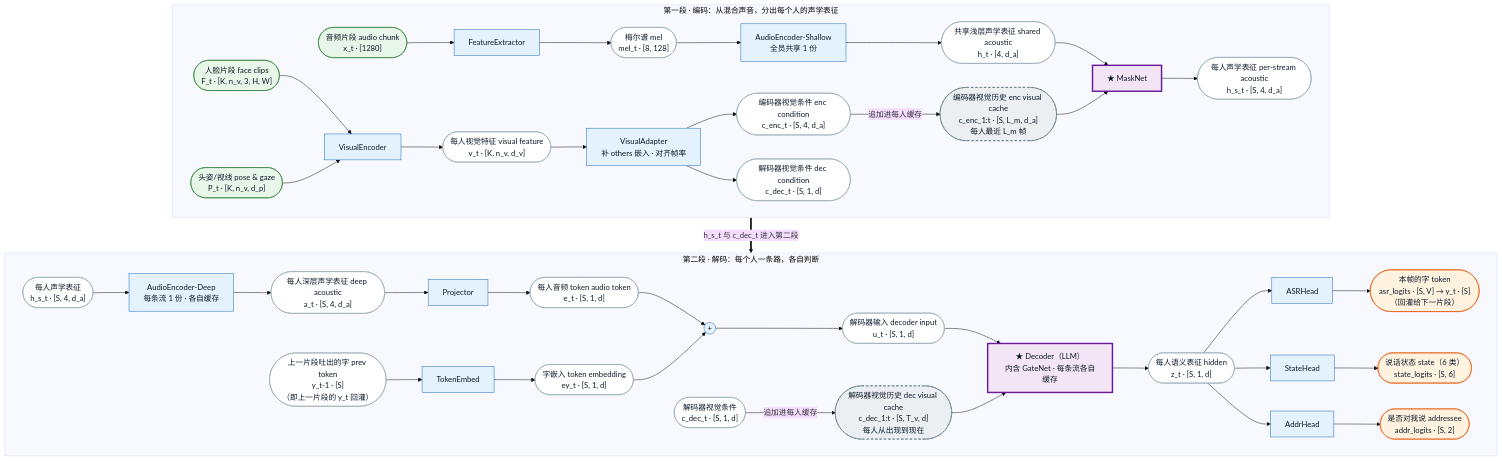
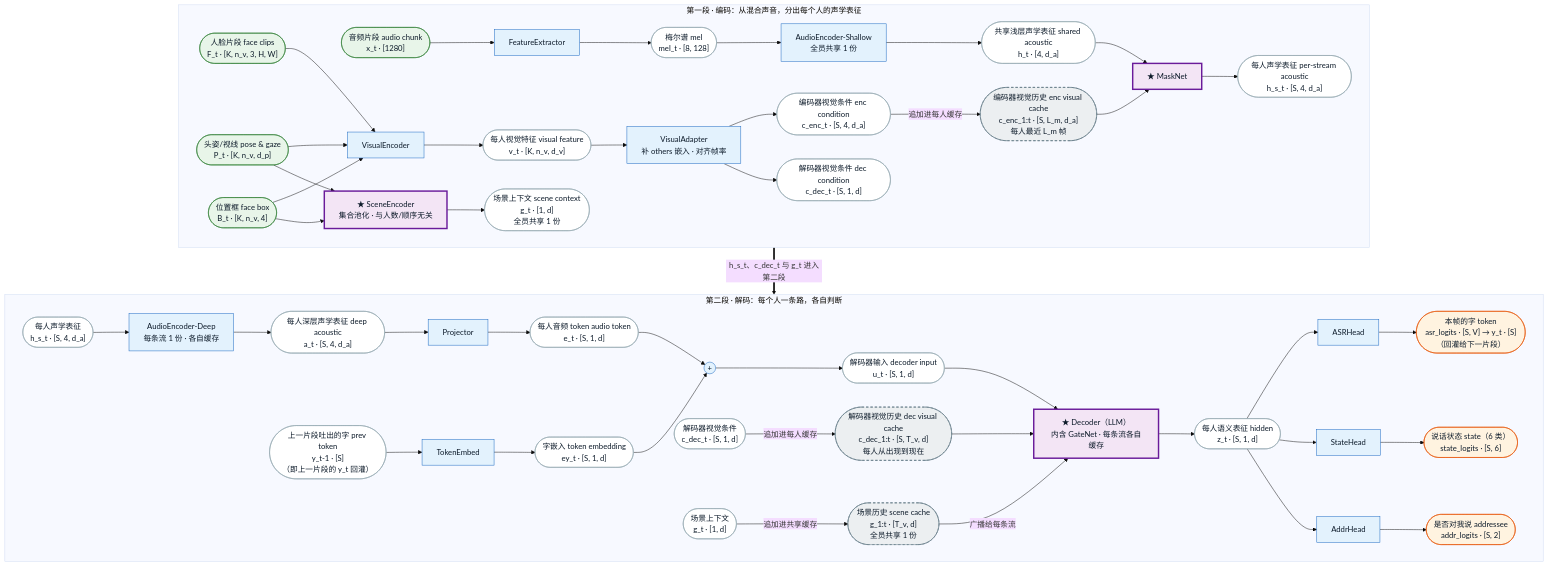
The second of 5 diagrams in AV-SemanticVAD/docs/plan/architecture.md (yutian929/SemanticVAD), drawn with Mermaid (base theme) before and after one commit. The commit also changed other lines of this file, not shown here.

First line of the commit message:
docs(arch): 新增 SceneEncoder 场景上下文（方案 A）

````diff
--- a/AV-SemanticVAD/docs/plan/architecture.md
+++ b/AV-SemanticVAD/docs/plan/architecture.md
@@ -112,70 +112,80 @@
 ```mermaid
 flowchart TB
     classDef inp fill:#e8f5e9,stroke:#2e7d32,color:#0d1b2a;
     classDef mod fill:#e3f2fd,stroke:#1565c0,color:#0d1b2a;
     classDef star fill:#f3e5f5,stroke:#6a1b9a,color:#0d1b2a,stroke-width:3px;
     classDef var fill:#ffffff,stroke:#90a4ae,color:#0d1b2a;
     classDef outp fill:#fff3e0,stroke:#e65100,color:#0d1b2a;
     classDef cache fill:#eceff1,stroke:#546e7a,color:#0d1b2a,stroke-dasharray:5 4;
 
     subgraph R1["第一段 · 编码：从混合声音，分出每个人的声学表征"]
         direction LR
         X(["音频片段 audio chunk<br/>x_t · [1280]"]):::inp
         F(["人脸片段 face clips<br/>F_t · [K, n_v, 3, H, W]"]):::inp
         P(["头姿/视线 pose & gaze<br/>P_t · [K, n_v, d_p]"]):::inp
+        B(["位置框 face box<br/>B_t · [K, n_v, 4]"]):::inp
         FE["FeatureExtractor"]:::mod
         MEL(["梅尔谱 mel<br/>mel_t · [8, 128]"]):::var
         ENCS["AudioEncoder-Shallow<br/>全员共享 1 份"]:::mod
         H(["共享浅层声学表征 shared acoustic<br/>h_t · [4, d_a]"]):::var
         VE["VisualEncoder"]:::mod
         V(["每人视觉特征 visual feature<br/>v_t · [K, n_v, d_v]"]):::var
         VA["VisualAdapter<br/>补 others 嵌入 · 对齐帧率"]:::mod
         CE(["编码器视觉条件 enc condition<br/>c_enc_t · [S, 4, d_a]"]):::var
         CD(["解码器视觉条件 dec condition<br/>c_dec_t · [S, 1, d]"]):::var
         CEH(["编码器视觉历史 enc visual cache<br/>c_enc_1:t · [S, L_m, d_a]<br/>每人最近 L_m 帧"]):::cache
         MN["★ MaskNet"]:::star
         HS(["每人声学表征 per-stream acoustic<br/>h_s_t · [S, 4, d_a]"]):::var
+        SE["★ SceneEncoder<br/>集合池化 · 与人数/顺序无关"]:::star
+        G(["场景上下文 scene context<br/>g_t · [1, d]<br/>全员共享 1 份"]):::var
 
         X --> FE --> MEL --> ENCS --> H --> MN
         F --> VE
         P --> VE
+        B --> VE
+        P --> SE
+        B --> SE
+        SE --> G
         VE --> V --> VA --> CE -->|"追加进每人缓存"| CEH --> MN
         VA --> CD
         MN --> HS
     end
 
     subgraph R2["第二段 · 解码：每个人一条路，各自判断"]
         direction LR
         HS2(["每人声学表征<br/>h_s_t · [S, 4, d_a]"]):::var
         ENCD["AudioEncoder-Deep<br/>每条流 1 份 · 各自缓存"]:::mod
         A(["每人深层声学表征 deep acoustic<br/>a_t · [S, 4, d_a]"]):::var
         PJ["Projector"]:::mod
         E(["每人音频 token audio token<br/>e_t · [S, 1, d]"]):::var
         Y0(["上一片段吐出的字 prev token<br/>y_t-1 · [S]<br/>（即上一片段的 y_t 回灌）"]):::var
         EMB["TokenEmbed"]:::mod
         EY(["字嵌入 token embedding<br/>ey_t · [S, 1, d]"]):::var
         ADD(("+")):::mod
         U(["解码器输入 decoder input<br/>u_t · [S, 1, d]"]):::var
         CD2(["解码器视觉条件<br/>c_dec_t · [S, 1, d]"]):::var
         CDH(["解码器视觉历史 dec visual cache<br/>c_dec_1:t · [S, T_v, d]<br/>每人从出现到现在"]):::cache
+        G2(["场景上下文<br/>g_t · [1, d]"]):::var
+        GH(["场景历史 scene cache<br/>g_1:t · [T_v, d]<br/>全员共享 1 份"]):::cache
         DEC["★ Decoder（LLM）<br/>内含 GateNet · 每条流各自缓存"]:::star
         Z(["每人语义表征 hidden<br/>z_t · [S, 1, d]"]):::var
         AH["ASRHead"]:::mod
         SH["StateHead"]:::mod
         RH["AddrHead"]:::mod
         YT(["本帧的字 token<br/>asr_logits · [S, V] → y_t · [S]<br/>（回灌给下一片段）"]):::outp
         ST(["说话状态 state（6 类）<br/>state_logits · [S, 6]"]):::outp
         RT(["是否对我说 addressee<br/>addr_logits · [S, 2]"]):::outp
 
         HS2 --> ENCD --> A --> PJ --> E --> ADD
         Y0 --> EMB --> EY --> ADD
         ADD --> U --> DEC
         CD2 -->|"追加进每人缓存"| CDH --> DEC
+        G2 -->|"追加进共享缓存"| GH -->|"广播给每条流"| DEC
         DEC --> Z
         Z --> AH --> YT
         Z --> SH --> ST
         Z --> RH --> RT
     end
 
-    R1 ==>|"h_s_t 与 c_dec_t 进入第二段"| R2
+    R1 ==>|"h_s_t、c_dec_t 与 g_t 进入第二段"| R2
 ```
````
